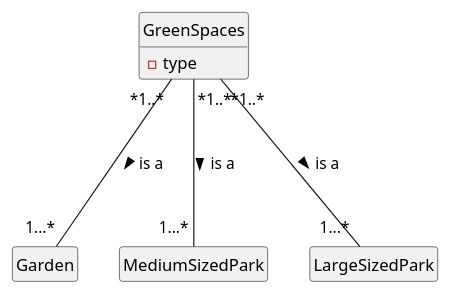
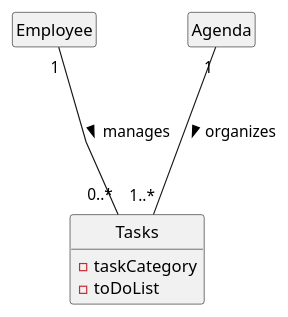
One commit to Mendoncaa/LAPR2 changed the diagram in docs/sprintC/US29/02.analysis/puml/us029-domain-model.puml. Above: the diagram before and after it, drawn with PlantUML. The commit also changed 2 other files, not shown here.

Commit message:
Update US28 (domain model); Update US29 (domain model and system sequence diagram)

```diff
--- a/docs/sprintC/US29/02.analysis/puml/us029-domain-model.puml
+++ b/docs/sprintC/US29/02.analysis/puml/us029-domain-model.puml
@@ -1,17 +1,23 @@
 @startuml
 
 hide methods
 hide circle
 hide empty attributes
 skinparam linetype polyline
 
 
-class GreenSpaces {
-  -type
+class Employee {
 }
 
-GreenSpaces "*1..*"---"1...*" Garden : is a >
-GreenSpaces "*1..*"---"1...*" MediumSizedPark : is a >
-GreenSpaces "*1..*"---"1...*" LargeSizedPark : is a >
+class Tasks {
+  - taskCategory
+  - toDoList
+}
+
+class Agenda {
+}
+
+Employee "1"---"0..*" Tasks: manages >
+Agenda "1"---"1..*" Tasks : organizes >
 
 @enduml
```
